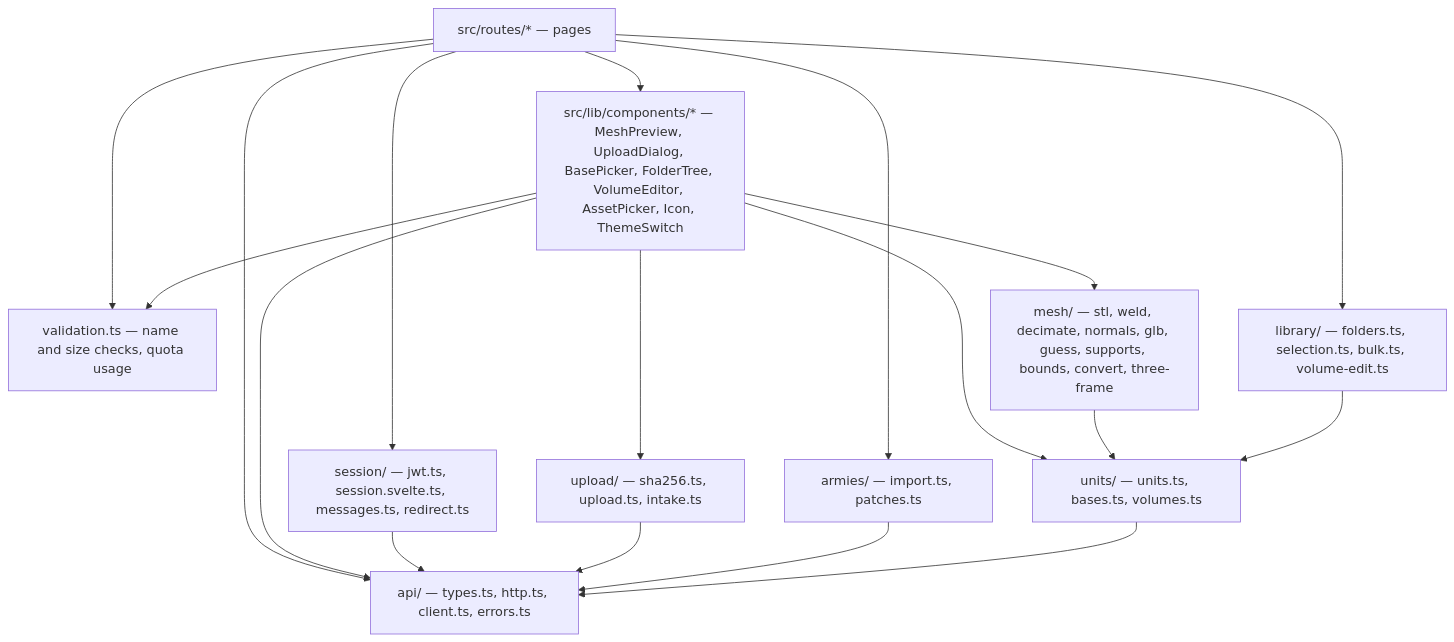
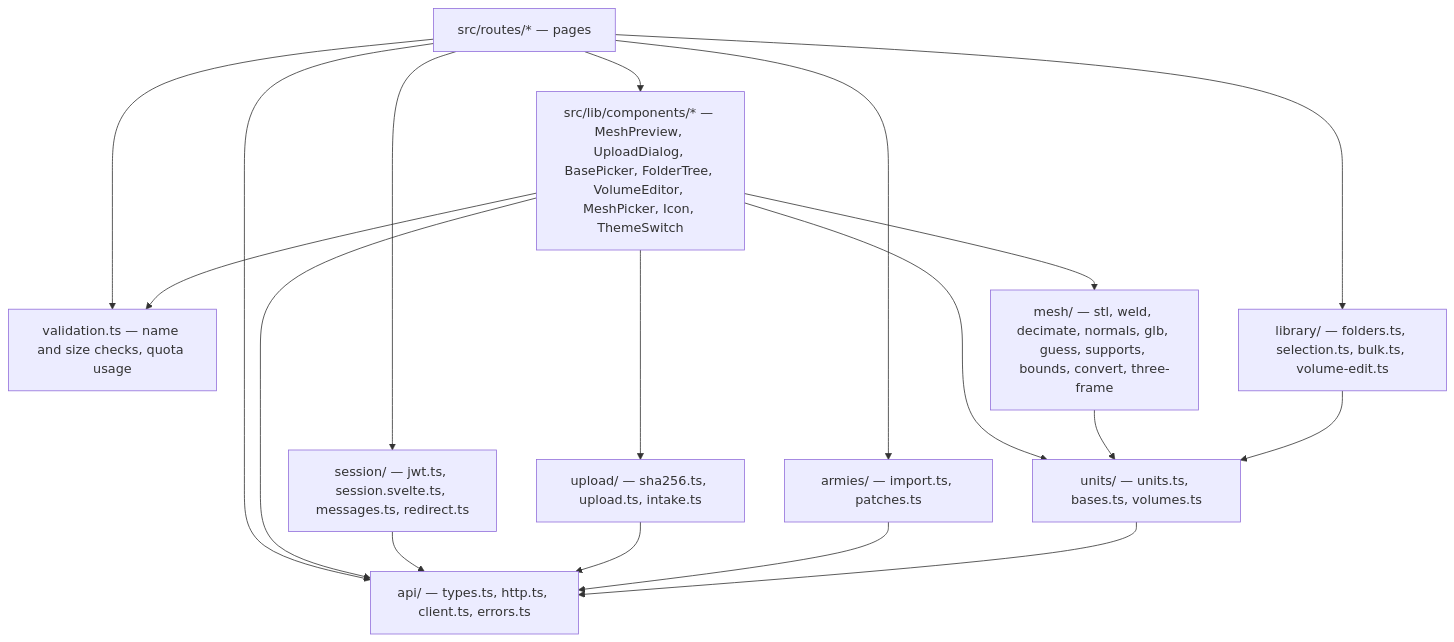
Before and after one commit to cstupi/tabletop: the third of 13 diagrams in docs/design/web-app/design.md, drawn with Mermaid. The commit also changed other lines of this file and 26 other files, not shown here.

First line of the commit message:
Mesh picker: search, folders, suggestions and scope for a slot's mesh

````diff
--- a/docs/design/web-app/design.md
+++ b/docs/design/web-app/design.md
@@ -178,31 +178,31 @@
 ```mermaid
 graph TD
     Routes["src/routes/* — pages"]
-    Comps["src/lib/components/* — MeshPreview, UploadDialog, BasePicker, FolderTree, VolumeEditor, AssetPicker, Icon, ThemeSwitch"]
+    Comps["src/lib/components/* — MeshPreview, UploadDialog, BasePicker, FolderTree, VolumeEditor, MeshPicker, Icon, ThemeSwitch"]
     Sess["session/ — jwt.ts, session.svelte.ts, messages.ts, redirect.ts"]
     Api["api/ — types.ts, http.ts, client.ts, errors.ts"]
     Valid["validation.ts — name and size checks, quota usage"]
     Units["units/ — units.ts, bases.ts, volumes.ts"]
     Mesh["mesh/ — stl, weld, decimate, normals, glb, guess, supports, bounds, convert, three-frame"]
     Upload["upload/ — sha256.ts, upload.ts, intake.ts"]
     LibMod["library/ — folders.ts, selection.ts, bulk.ts, volume-edit.ts"]
     Armies["armies/ — import.ts, patches.ts"]
 
     Routes --> Comps
     Routes --> Sess
     Routes --> Api
     Routes --> LibMod
     Routes --> Armies
     Routes --> Valid
     Comps --> Valid
     Comps --> Mesh
     Comps --> Upload
     Comps --> Units
     Comps --> Api
     Sess --> Api
     Upload --> Api
     Mesh --> Units
     LibMod --> Units
     Armies --> Api
     Units --> Api
 ```
````
